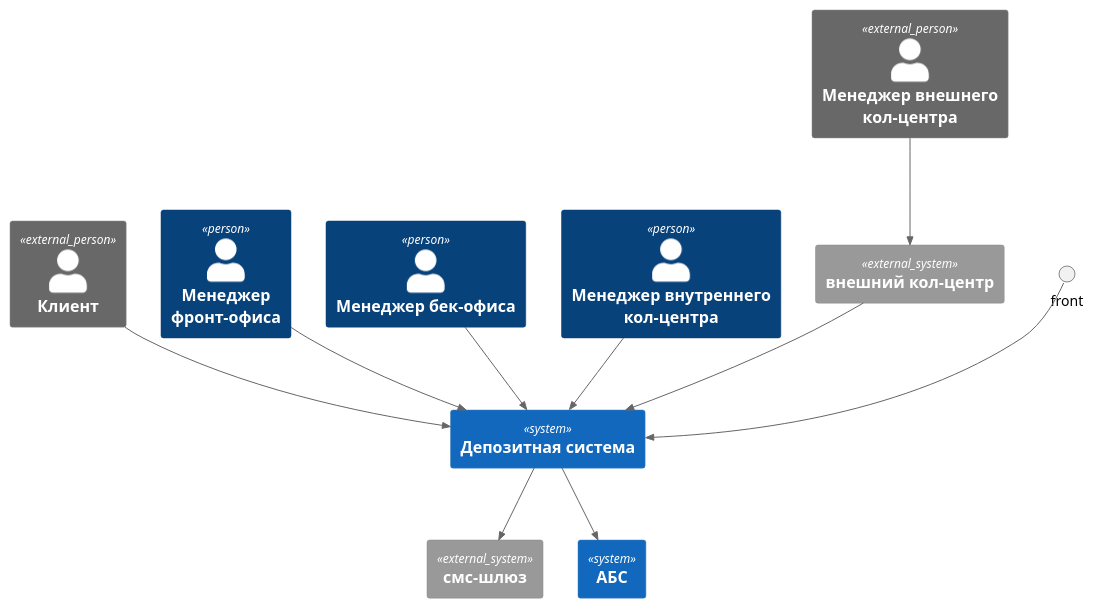
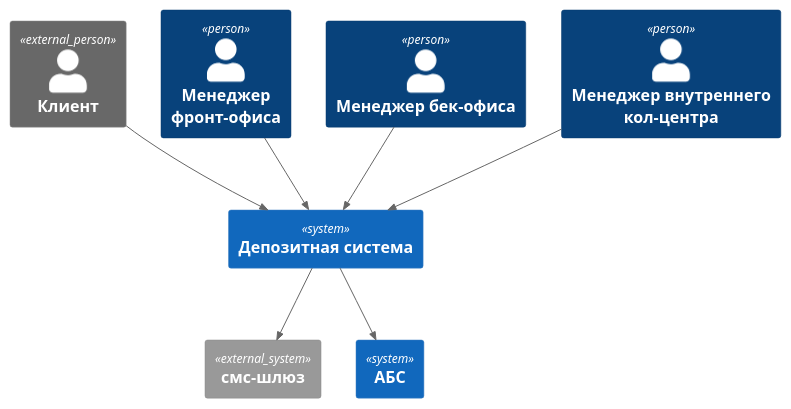
One commit to BlackDEK/architecture-sprint-9 changed the diagram in Task3/context.puml. Above: the diagram before and after it, drawn with PlantUML. The commit also changed 4 other files, not shown here.

```diff
--- a/Task3/context.puml
+++ b/Task3/context.puml
@@ -1,28 +1,23 @@
 @startuml
 !include <C4/C4_Container>
 
 Person_Ext(client, "Клиент", "")
 Person(man_front, "Менеджер фронт-офиса", "")
 Person(man_back, "Менеджер бек-офиса", "")
 Person(man_call_center, "Менеджер внутреннего кол-центра", "")
-Person_Ext(man_ext_call_center, "Менеджер внешнего кол-центра", "")
 
 System_Ext(sms, "смс-шлюз")
-System_Ext(call_center, "внешний кол-центр")
 System(bank, "Депозитная система")
 System(abc, "АБС")
 
 
 
 Rel(bank, sms, "")
-Rel(call_center, bank, "")
 Rel(man_front, bank, "")
 Rel(man_back, bank, "")
 Rel(client, bank, "")
 Rel(man_call_center, bank, "")
-Rel(man_ext_call_center, call_center, "")
 Rel(bank, abc, "")
-Rel(front, bank, "")
 
 
 @enduml
```
